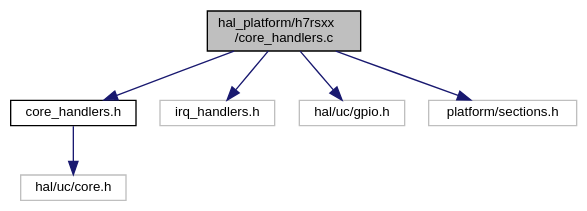
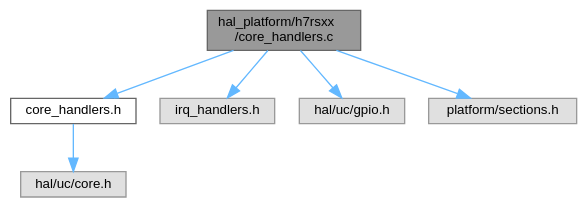
One commit to ebs-universe/piolib-hal-uc-stm32 changed the diagram in h7rsxx_2core__handlers_8c__incl.dot. Above: the diagram before and after it, drawn with Graphviz. The commit also changed 1546 other files, not shown here.

```diff
--- a/h7rsxx_2core__handlers_8c__incl.dot
+++ b/h7rsxx_2core__handlers_8c__incl.dot
@@ -1,19 +1,19 @@
 digraph "hal_platform/h7rsxx/core_handlers.c"
 {
  // INTERACTIVE_SVG=YES
  // LATEX_PDF_SIZE
   bgcolor="transparent";
-  edge [fontname="Helvetica",fontsize="10",labelfontname="Helvetica",labelfontsize="10"];
-  node [fontname="Helvetica",fontsize="10",shape=record];
-  Node1 [label="hal_platform/h7rsxx\l/core_handlers.c",height=0.2,width=0.4,color="black", fillcolor="grey75", style="filled", fontcolor="black",tooltip=" "];
-  Node1 -> Node2 [color="midnightblue",fontsize="10",style="solid",fontname="Helvetica"];
-  Node2 [label="core_handlers.h",height=0.2,width=0.4,color="black",URL="$h7rsxx_2core__handlers_8h.html",tooltip=" "];
-  Node2 -> Node3 [color="midnightblue",fontsize="10",style="solid",fontname="Helvetica"];
-  Node3 [label="hal/uc/core.h",height=0.2,width=0.4,color="grey75",tooltip=" "];
-  Node1 -> Node4 [color="midnightblue",fontsize="10",style="solid",fontname="Helvetica"];
-  Node4 [label="irq_handlers.h",height=0.2,width=0.4,color="grey75",tooltip=" "];
-  Node1 -> Node5 [color="midnightblue",fontsize="10",style="solid",fontname="Helvetica"];
-  Node5 [label="hal/uc/gpio.h",height=0.2,width=0.4,color="grey75",tooltip=" "];
-  Node1 -> Node6 [color="midnightblue",fontsize="10",style="solid",fontname="Helvetica"];
-  Node6 [label="platform/sections.h",height=0.2,width=0.4,color="grey75",tooltip=" "];
+  edge [fontname=Helvetica,fontsize=10,labelfontname=Helvetica,labelfontsize=10];
+  node [fontname=Helvetica,fontsize=10,shape=box,height=0.2,width=0.4];
+  Node1 [id="Node000001",label="hal_platform/h7rsxx\l/core_handlers.c",height=0.2,width=0.4,color="gray40", fillcolor="grey60", style="filled", fontcolor="black",tooltip=" "];
+  Node1 -> Node2 [id="edge1_Node000001_Node000002",color="steelblue1",style="solid",tooltip=" "];
+  Node2 [id="Node000002",label="core_handlers.h",height=0.2,width=0.4,color="grey40", fillcolor="white", style="filled",URL="$h7rsxx_2core__handlers_8h.html",tooltip=" "];
+  Node2 -> Node3 [id="edge2_Node000002_Node000003",color="steelblue1",style="solid",tooltip=" "];
+  Node3 [id="Node000003",label="hal/uc/core.h",height=0.2,width=0.4,color="grey60", fillcolor="#E0E0E0", style="filled",tooltip=" "];
+  Node1 -> Node4 [id="edge3_Node000001_Node000004",color="steelblue1",style="solid",tooltip=" "];
+  Node4 [id="Node000004",label="irq_handlers.h",height=0.2,width=0.4,color="grey60", fillcolor="#E0E0E0", style="filled",tooltip=" "];
+  Node1 -> Node5 [id="edge4_Node000001_Node000005",color="steelblue1",style="solid",tooltip=" "];
+  Node5 [id="Node000005",label="hal/uc/gpio.h",height=0.2,width=0.4,color="grey60", fillcolor="#E0E0E0", style="filled",tooltip=" "];
+  Node1 -> Node6 [id="edge5_Node000001_Node000006",color="steelblue1",style="solid",tooltip=" "];
+  Node6 [id="Node000006",label="platform/sections.h",height=0.2,width=0.4,color="grey60", fillcolor="#E0E0E0", style="filled",tooltip=" "];
 }
```
